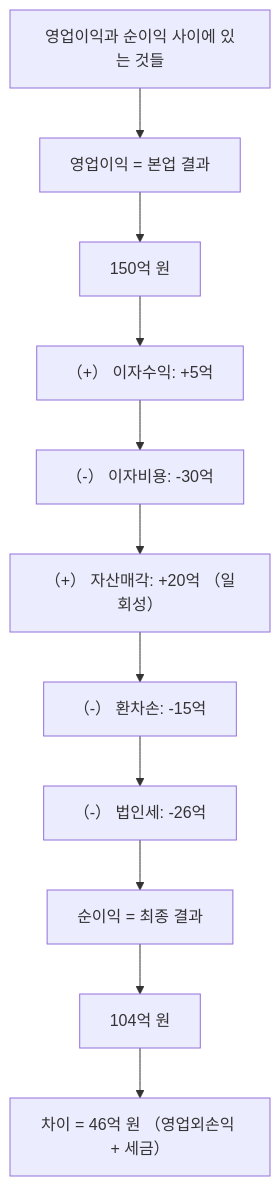
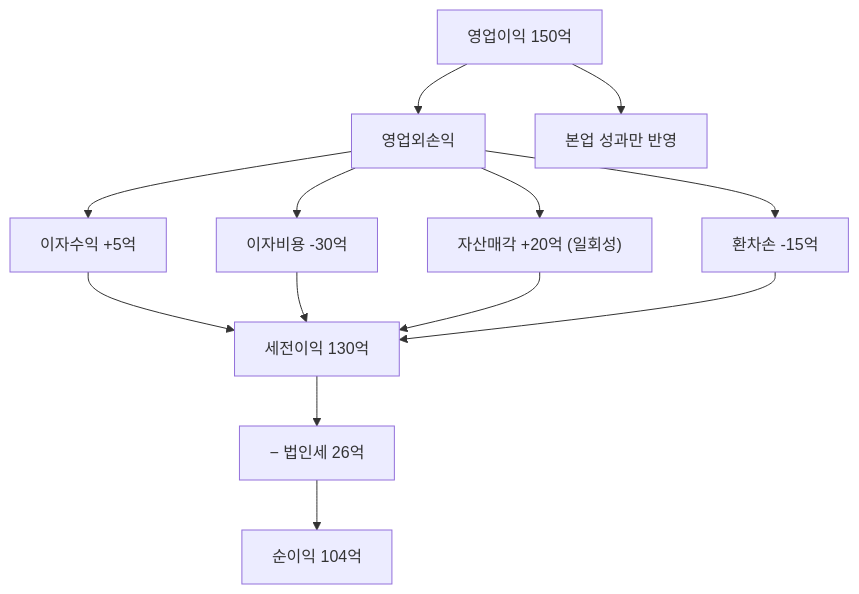
Before and after one commit to yeongseon/stock-visual-note: the diagram in content/stock-terms/ko/level-03-financial-statements/operating-vs-net-income.md, drawn with Mermaid. The commit also changed other lines of this file and 96 other files, not shown here.

Commit message:
Rewrite all 98 remaining articles: branching Mermaid diagrams, natural search_intent, compelling seo_titles, clean descriptions

````diff
--- a/content/stock-terms/ko/level-03-financial-statements/operating-vs-net-income.md
+++ b/content/stock-terms/ko/level-03-financial-statements/operating-vs-net-income.md
@@ -54,24 +54,16 @@
 ```mermaid
 graph TD
-    A0["영업이익과 순이익 사이에 있는 것들"]
-    A1["영업이익 = 본업 결과"]
-    A2["150억 원"]
-    A3["（+） 이자수익: +5억"]
-    A4["（-） 이자비용: -30억"]
-    A5["（+） 자산매각: +20억 （일회성）"]
-    A6["（-） 환차손: -15억"]
-    A7["（-） 법인세: -26억"]
-    A8["순이익 = 최종 결과"]
-    A9["104억 원"]
-    A10["차이 = 46억 원 （영업외손익 + 세금）"]
-    A0 --> A1
-    A1 --> A2
-    A2 --> A3
-    A3 --> A4
-    A4 --> A5
-    A5 --> A6
-    A6 --> A7
-    A7 --> A8
-    A8 --> A9
-    A9 --> A10
+    A["영업이익 150억"]
+    A --> B["영업외손익"]
+    A --> C["본업 성과만 반영"]
+    B --> D["이자수익 +5억"]
+    B --> E["이자비용 -30억"]
+    B --> F["자산매각 +20억 (일회성)"]
+    B --> G["환차손 -15억"]
+    D --> H["세전이익 130억"]
+    E --> H
+    F --> H
+    G --> H
+    H --> I["− 법인세 26억"]
+    I --> J["순이익 104억"]
 ```
````
